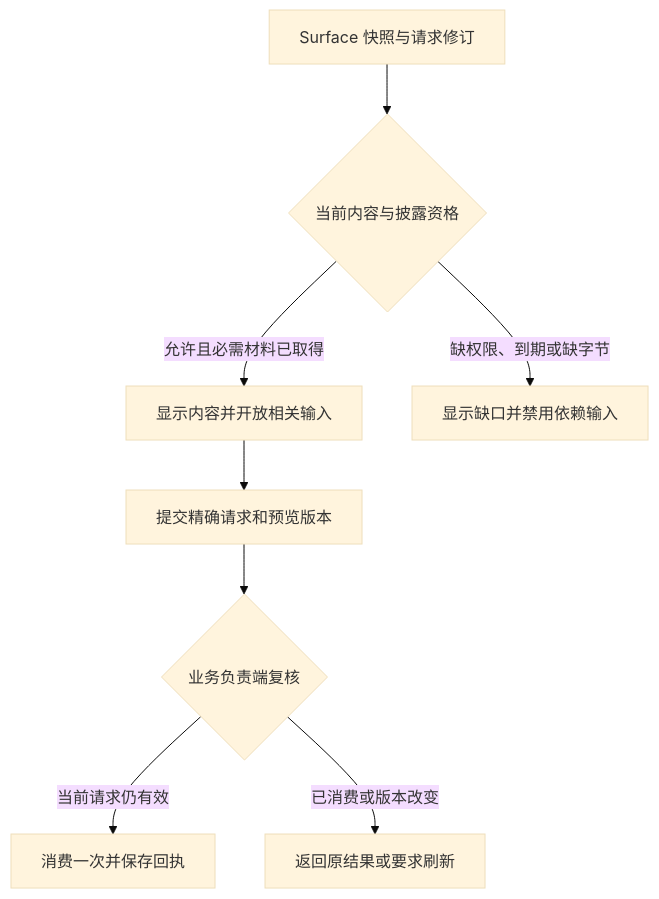
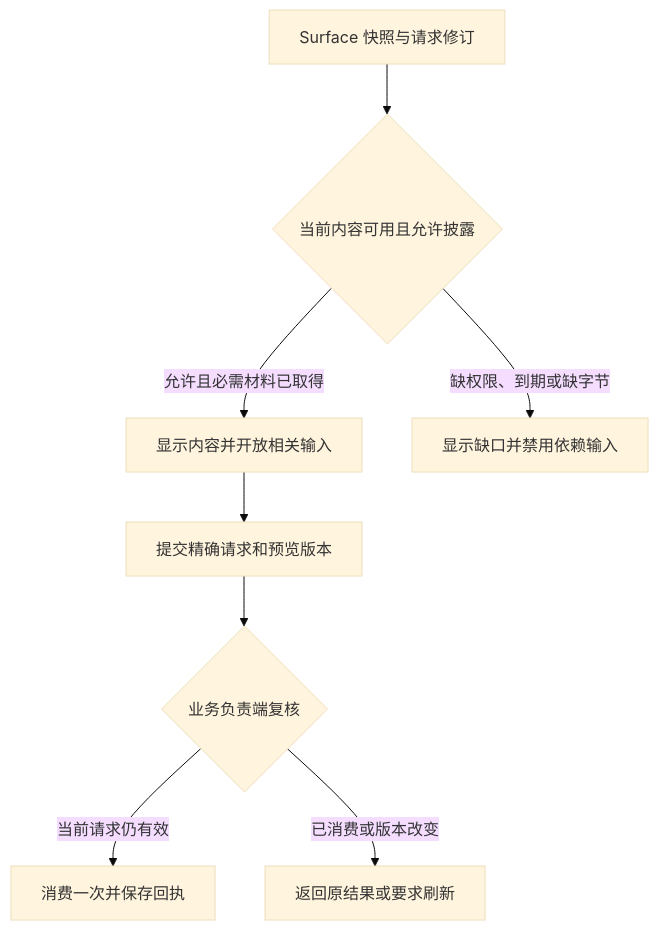
Before and after one commit to ruipengliu/lerna: the second of 3 diagrams in docs/architecture/interaction/README.md, drawn with Mermaid (base theme). The commit also changed other lines of this file and 205 other files, not shown here.

Commit message:
docs: unify architecture terminology

````diff
--- a/docs/architecture/interaction/README.md
+++ b/docs/architecture/interaction/README.md
@@ -86,10 +87,10 @@
 ```mermaid
 flowchart TB
-    S[Surface 快照与请求修订] --> G{当前内容与披露资格}
+    S[Surface 快照与请求修订] --> G{当前内容可用且允许披露}
     G -->|允许且必需材料已取得| V[显示内容并开放相关输入]
     G -->|缺权限、到期或缺字节| B[显示缺口并禁用依赖输入]
     V --> A[提交精确请求和预览版本]
     A --> C{业务负责端复核}
     C -->|当前请求仍有效| D[消费一次并保存回执]
     C -->|已消费或版本改变| R[返回原结果或要求刷新]
 ```
````
